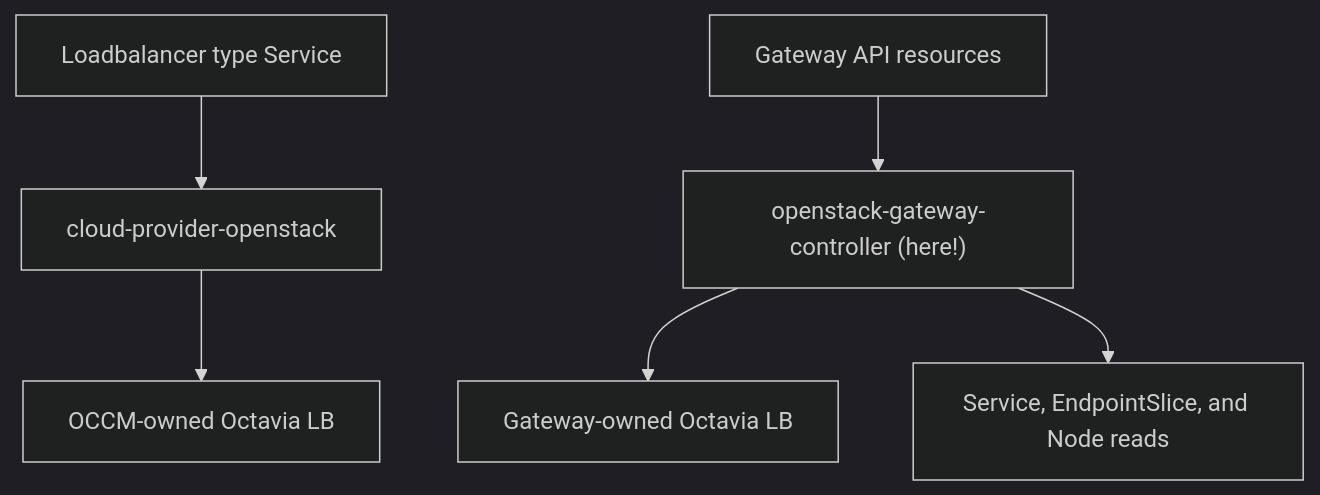
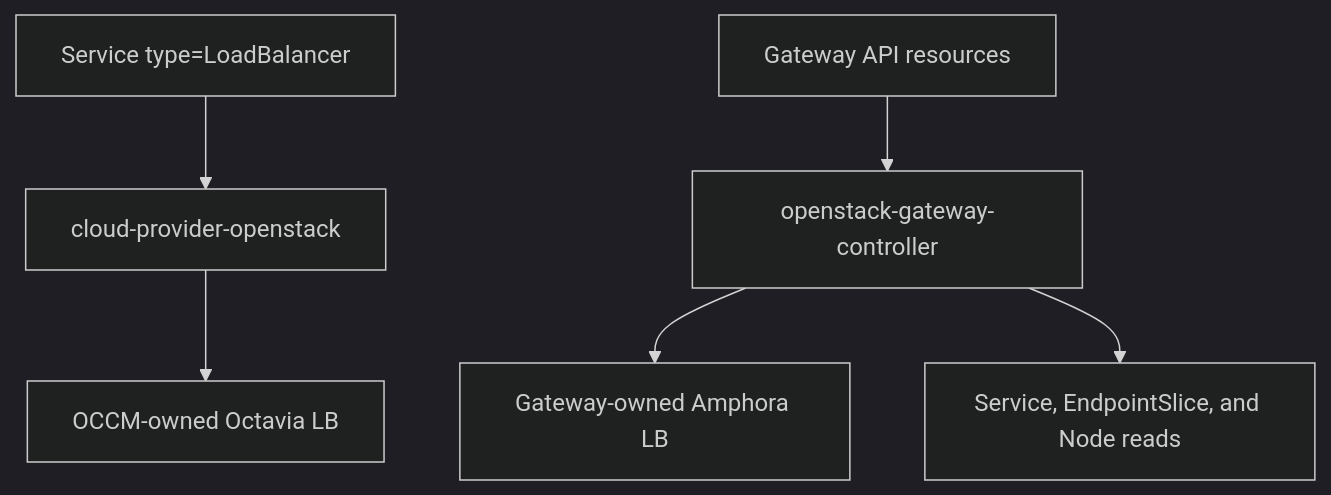
One commit to jihyun-huh/gateway-api-openstack changed the diagram in README.md. Above: the diagram before and after it, drawn with Mermaid (dark theme). The commit also changed other lines of this file and 10 other files, not shown here.

Commit message:
docs: Define the Amphora controller roadmap

````diff
--- a/README.md
+++ b/README.md
@@ -40,9 +43,9 @@
 ```mermaid
 flowchart TD
-    S["Loadbalancer type Service"] --> OCCM["cloud-provider-openstack"]
+    S["Service type=LoadBalancer"] --> OCCM["cloud-provider-openstack"]
     OCCM --> SLB["OCCM-owned Octavia LB"]
 
-    G["Gateway API resources"] --> CTRL["openstack-gateway-controller (here!)"]
-    CTRL --> OLB["Gateway-owned Octavia LB"]
+    G["Gateway API resources"] --> CTRL["openstack-gateway-controller"]
+    CTRL --> OLB["Gateway-owned Amphora LB"]
     CTRL --> K8S["Service, EndpointSlice, and Node reads"]
 ```
````
